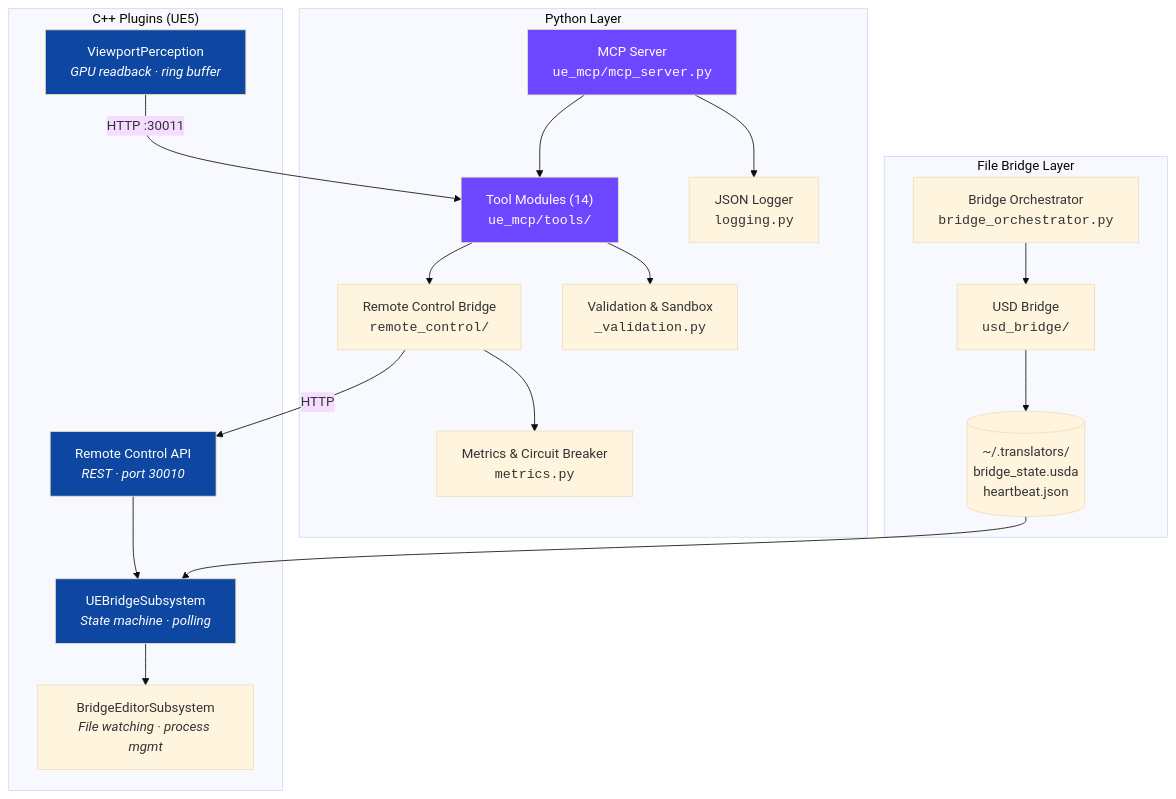
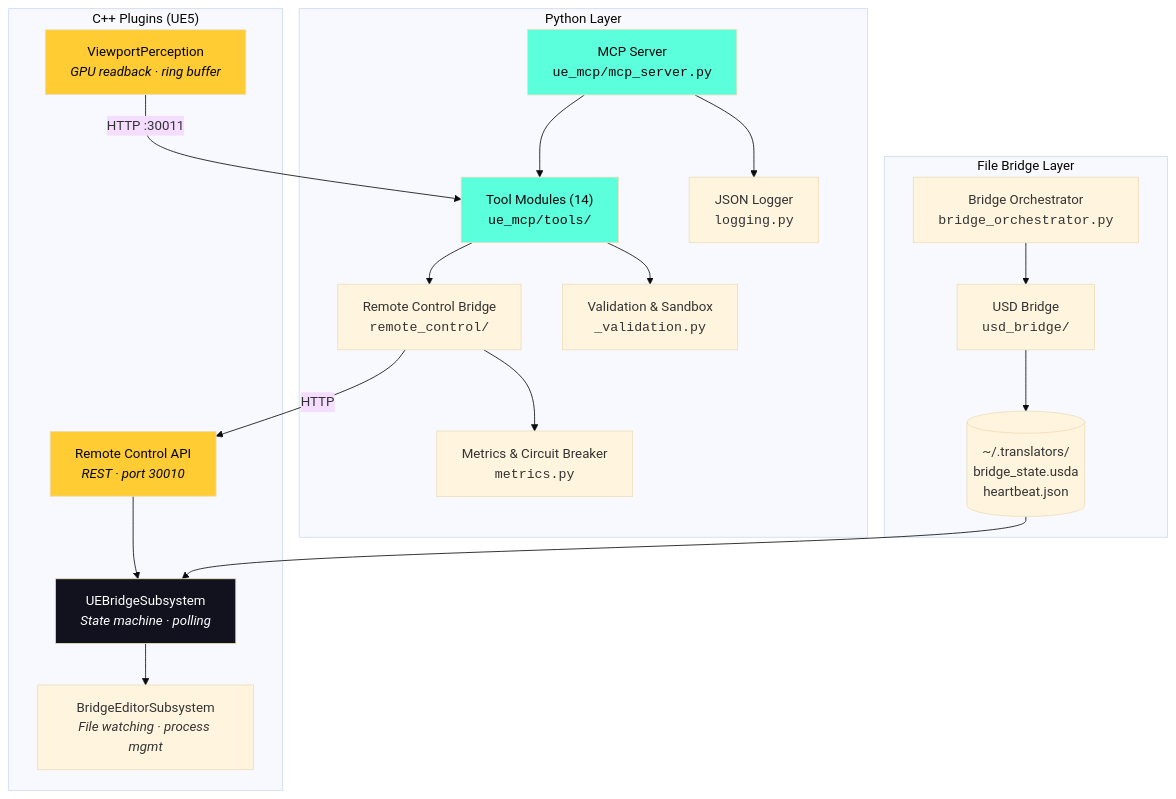
Before and after one commit to JosephOIbrahim/UnrealEngine_Bridge: the second of 2 diagrams in README.md, drawn with Mermaid (base theme). The commit also changed other lines of this file, not shown here.

First line of the commit message:
docs(readme): add status badges + recolor mermaid to the real brand palette (#9)

````diff
--- a/README.md
+++ b/README.md
@@ -212,43 +218,43 @@
 ```mermaid
 graph TB
     subgraph "Python Layer"
         MCP["MCP Server<br/><code>ue_mcp/mcp_server.py</code>"]
         Tools["Tool Modules (14)<br/><code>ue_mcp/tools/</code>"]
         RC["Remote Control Bridge<br/><code>remote_control/</code>"]
         Val["Validation & Sandbox<br/><code>_validation.py</code>"]
         Met["Metrics & Circuit Breaker<br/><code>metrics.py</code>"]
         Log["JSON Logger<br/><code>logging.py</code>"]
     end
 
     subgraph "File Bridge Layer"
         Orch["Bridge Orchestrator<br/><code>bridge_orchestrator.py</code>"]
         USD["USD Bridge<br/><code>usd_bridge/</code>"]
         FS[("~/.translators/<br/>bridge_state.usda<br/>heartbeat.json")]
     end
 
     subgraph "C++ Plugins (UE5)"
         Sub["UEBridgeSubsystem<br/><i>State machine · polling</i>"]
         Ed["BridgeEditorSubsystem<br/><i>File watching · process mgmt</i>"]
         VP["ViewportPerception<br/><i>GPU readback · ring buffer</i>"]
         RCAPI["Remote Control API<br/><i>REST · port 30010</i>"]
     end
 
     MCP --> Tools
     Tools --> Val
     Tools --> RC
     RC --> Met
     MCP --> Log
     RC -- "HTTP" --> RCAPI
     RCAPI --> Sub
     Orch --> USD
     USD --> FS
     FS --> Sub
     Sub --> Ed
     VP -- "HTTP :30011" --> Tools
 
-    style MCP fill:#6C47FF,color:#fff
-    style Tools fill:#6C47FF,color:#fff
-    style RCAPI fill:#0d47a1,color:#fff
-    style Sub fill:#0d47a1,color:#fff
-    style VP fill:#0d47a1,color:#fff
+    style MCP fill:#5CFFDB,color:#05050D
+    style Tools fill:#5CFFDB,color:#05050D
+    style RCAPI fill:#FFCC33,color:#05050D
+    style Sub fill:#12121F,color:#fff
+    style VP fill:#FFCC33,color:#05050D
 ```
````
